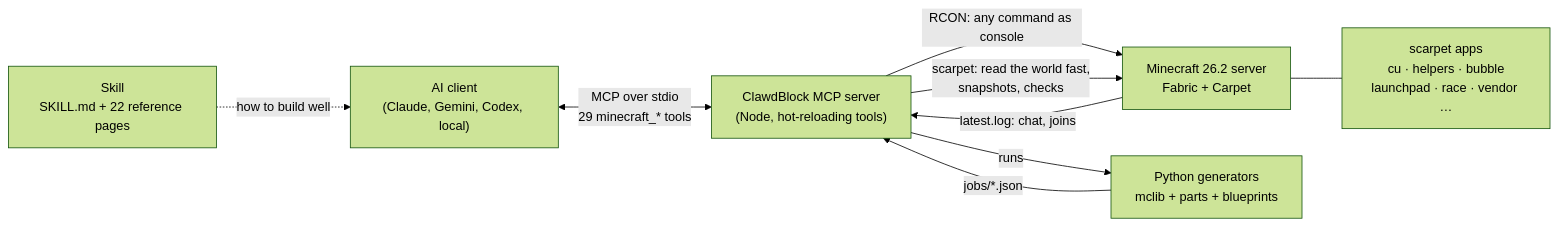
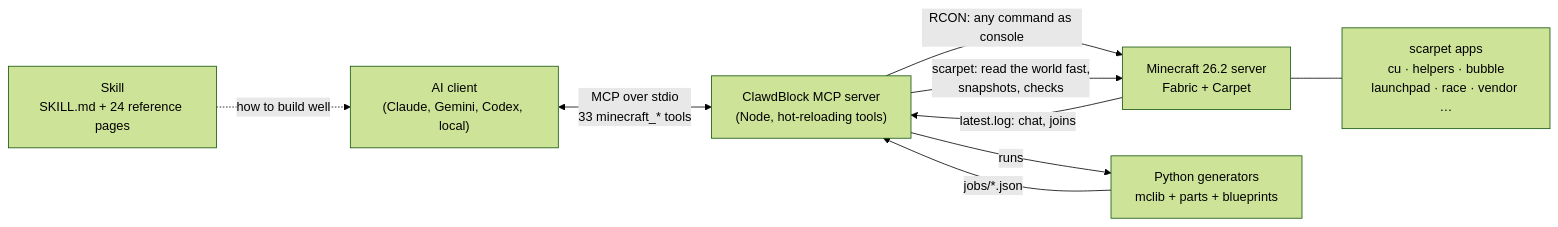
One commit to sagistiki/pink-golem changed the diagram in README.md. Above: the diagram before and after it, drawn with Mermaid (forest theme). The commit also changed other lines of this file and 30 other files, not shown here.

````diff
--- a/README.md
+++ b/README.md
@@ -117,11 +117,11 @@
 ```mermaid
 flowchart LR
-    AI["AI client<br/>(Claude, Gemini, Codex, local)"] <-- "MCP over stdio<br/>29 minecraft_* tools" --> MCP["ClawdBlock MCP server<br/>(Node, hot-reloading tools)"]
+    AI["AI client<br/>(Claude, Gemini, Codex, local)"] <-- "MCP over stdio<br/>33 minecraft_* tools" --> MCP["ClawdBlock MCP server<br/>(Node, hot-reloading tools)"]
     MCP -- "RCON: any command as console" --> MC["Minecraft 26.2 server<br/>Fabric + Carpet"]
     MC -- "latest.log: chat, joins" --> MCP
     MCP -- "scarpet: read the world fast,<br/>snapshots, checks" --> MC
     MC --- APPS["scarpet apps<br/>cu · helpers · bubble<br/>launchpad · race · vendor …"]
     MCP -- "runs" --> GEN["Python generators<br/>mclib + parts + blueprints"]
     GEN -- "jobs/*.json" --> MCP
-    SKILL["Skill<br/>SKILL.md + 22 reference pages"] -. "how to build well" .-> AI
+    SKILL["Skill<br/>SKILL.md + 24 reference pages"] -. "how to build well" .-> AI
 ```
````
